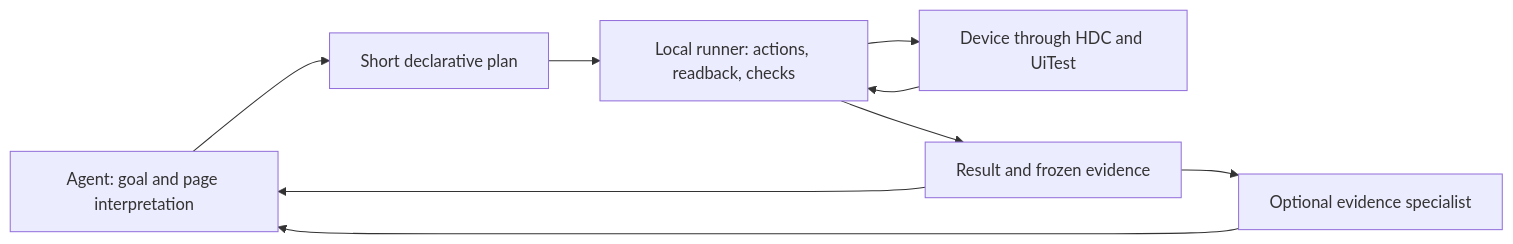
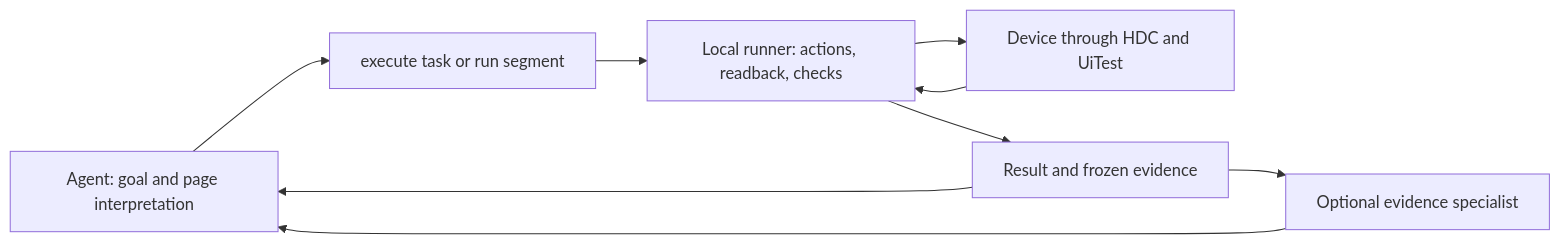
The diagram in docs/execution.md (andyandymike/harmony-automation-agent), drawn with Mermaid before and after one commit. The commit also changed other lines of this file and 41 other files, not shown here.

````diff
--- a/docs/execution.md
+++ b/docs/execution.md
@@ -5,11 +5,11 @@
 ```mermaid
 flowchart LR
-    A[Agent: goal and page interpretation] --> B[Short declarative plan]
+    A[Agent: goal and page interpretation] --> B[execute task or run segment]
     B --> C[Local runner: actions, readback, checks]
     C --> D[Device through HDC and UiTest]
     D --> C
     C --> E[Result and frozen evidence]
     E --> A
     E --> F[Optional evidence specialist]
     F --> A
 ```
````
